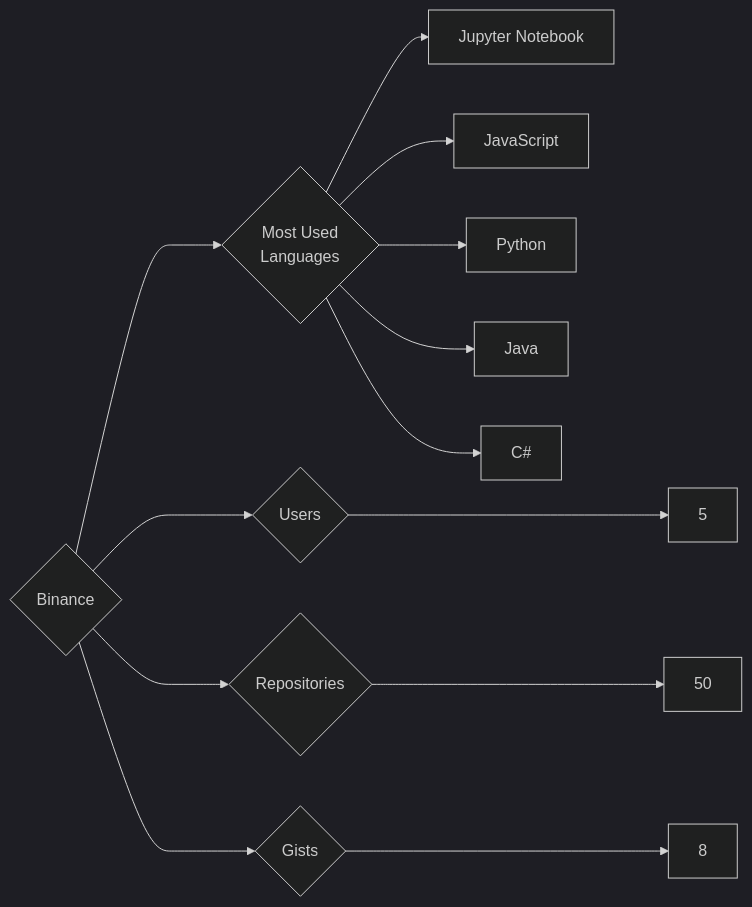
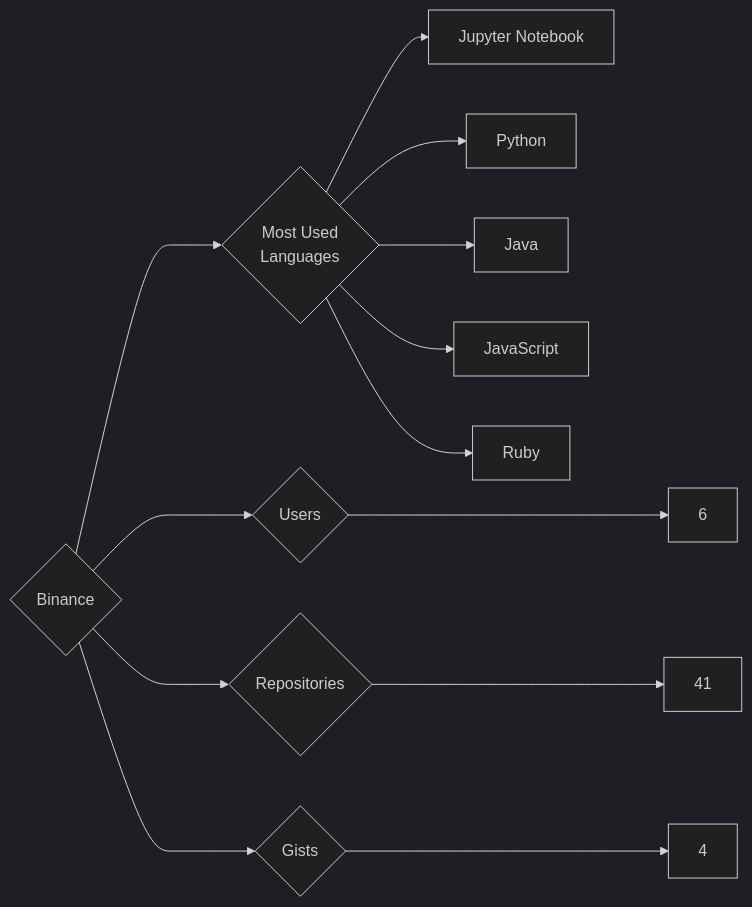
Before and after one commit to trickest/insiders: the diagram in targets/Binance/README.md, drawn with Mermaid (dark theme). The commit also changed 1148 other files, not shown here.

````diff
--- a/targets/Binance/README.md
+++ b/targets/Binance/README.md
@@ -3,13 +3,13 @@
 ```mermaid
 graph LR
 COMPANY_NAME{Binance}
-COMPANY_NAME ---> U{Users} ---> UN[5]
-COMPANY_NAME ---> R{Repositories} ---> RN[50]
-COMPANY_NAME ---> G{Gists} ---> GN[8]
+COMPANY_NAME ---> U{Users} ---> UN[6]
+COMPANY_NAME ---> R{Repositories} ---> RN[41]
+COMPANY_NAME ---> G{Gists} ---> GN[4]
 COMPANY_NAME ---> ML{Most Used<br>Languages}
 ML --> Jupyter_Notebook[Jupyter Notebook]
-ML --> JavaScript[JavaScript]
 ML --> Python[Python]
 ML --> Java[Java]
-ML --> C#[C#]
+ML --> JavaScript[JavaScript]
+ML --> Ruby[Ruby]
 ```
````
